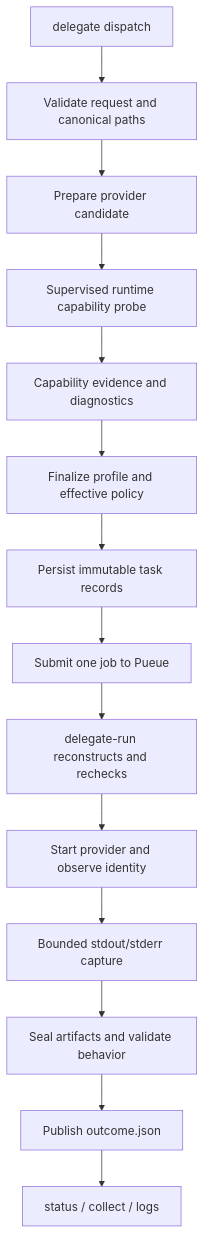
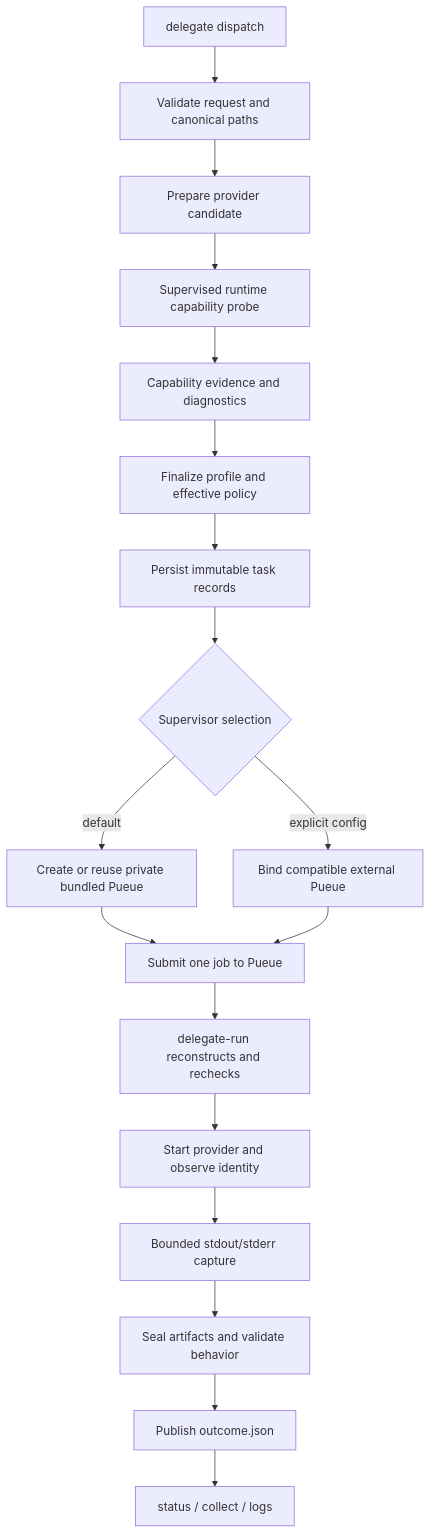
Before and after one commit to hishamkaram/delegation-layer: the diagram in docs/architecture.md, drawn with Mermaid. The commit also changed other lines of this file and 90 other files, not shown here.

````diff
--- a/docs/architecture.md
+++ b/docs/architecture.md
@@ -8,16 +8,20 @@
 ```mermaid
 flowchart TD
     A[delegate dispatch] --> B[Validate request and canonical paths]
     B --> C[Prepare provider candidate]
     C --> D[Supervised runtime capability probe]
     D --> E[Capability evidence and diagnostics]
     E --> F[Finalize profile and effective policy]
     F --> G[Persist immutable task records]
-    G --> H[Submit one job to Pueue]
-    H --> I[delegate-run reconstructs and rechecks]
-    I --> J[Start provider and observe identity]
-    J --> K[Bounded stdout/stderr capture]
-    K --> L[Seal artifacts and validate behavior]
-    L --> M[Publish outcome.json]
-    M --> N[status / collect / logs]
+    G --> H{Supervisor selection}
+    H -->|default| I[Create or reuse private bundled Pueue]
+    H -->|explicit config| I2[Bind compatible external Pueue]
+    I --> J[Submit one job to Pueue]
+    I2 --> J
+    J --> K[delegate-run reconstructs and rechecks]
+    K --> L[Start provider and observe identity]
+    L --> M[Bounded stdout/stderr capture]
+    M --> N[Seal artifacts and validate behavior]
+    N --> O[Publish outcome.json]
+    O --> P[status / collect / logs]
 ```
````
